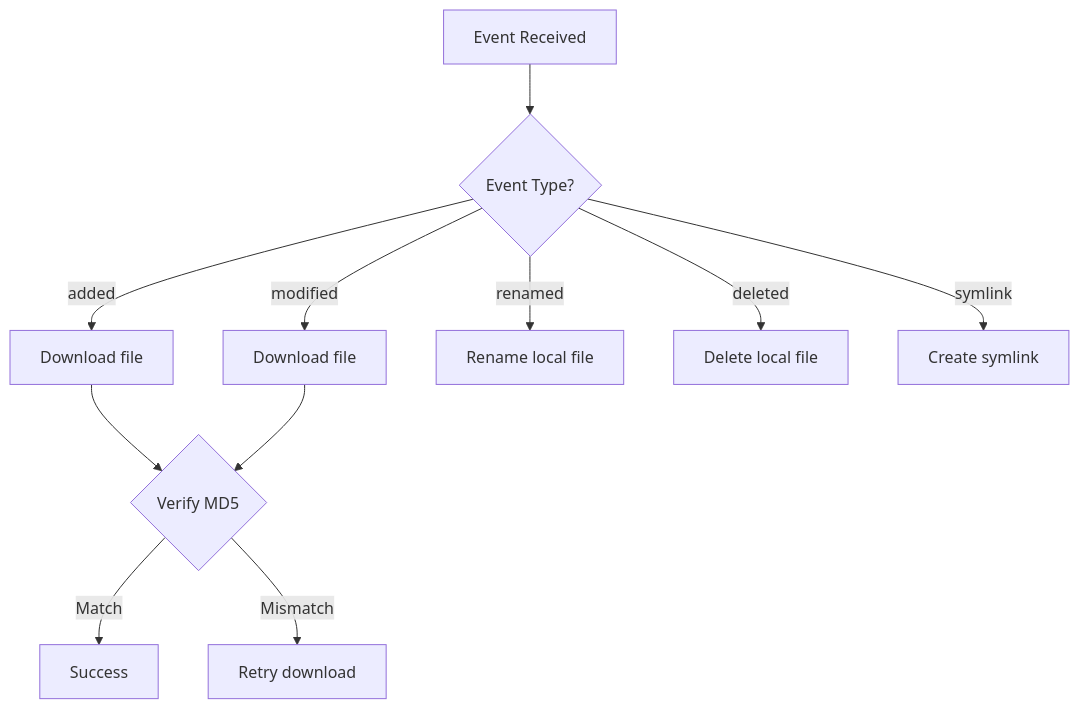
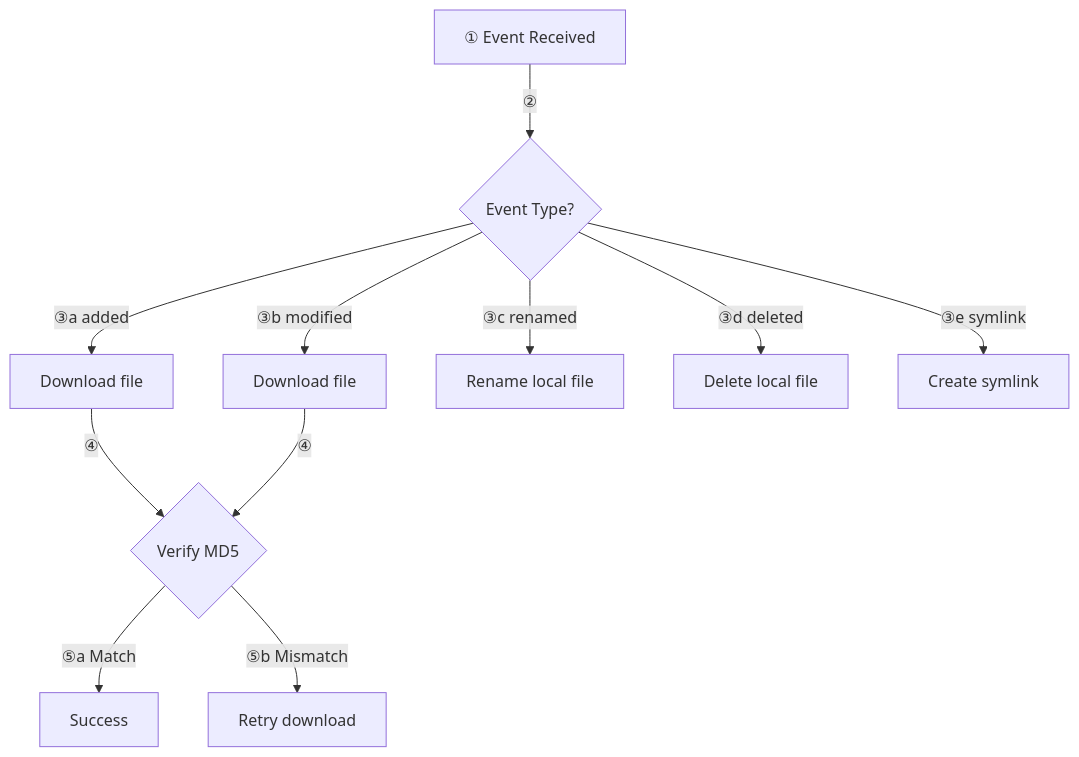
One commit to albertsdk/hsync-server changed the fourth of 7 diagrams in docs/sync-flow.md. Above: the diagram before and after it, drawn with Mermaid. The commit also changed other lines of this file and 17 other files, not shown here.

First line of the commit message:
Add numbered phases to documentation diagrams

````diff
--- a/docs/sync-flow.md
+++ b/docs/sync-flow.md
@@ -106,15 +106,15 @@
 ```mermaid
 flowchart TD
-    E[Event Received] --> T{Event Type?}
+    E[① Event Received] -->|"②"| T{Event Type?}
 
-    T -->|added| A[Download file]
-    T -->|modified| M[Download file]
-    T -->|renamed| R[Rename local file]
-    T -->|deleted| D[Delete local file]
-    T -->|symlink| L[Create symlink]
+    T -->|"③a added"| A[Download file]
+    T -->|"③b modified"| M[Download file]
+    T -->|"③c renamed"| R[Rename local file]
+    T -->|"③d deleted"| D[Delete local file]
+    T -->|"③e symlink"| L[Create symlink]
 
-    A --> V{Verify MD5}
-    M --> V
-    V -->|Match| S[Success]
-    V -->|Mismatch| RE[Retry download]
+    A -->|"④"| V{Verify MD5}
+    M -->|"④"| V
+    V -->|"⑤a Match"| S[Success]
+    V -->|"⑤b Mismatch"| RE[Retry download]
 ```
````
